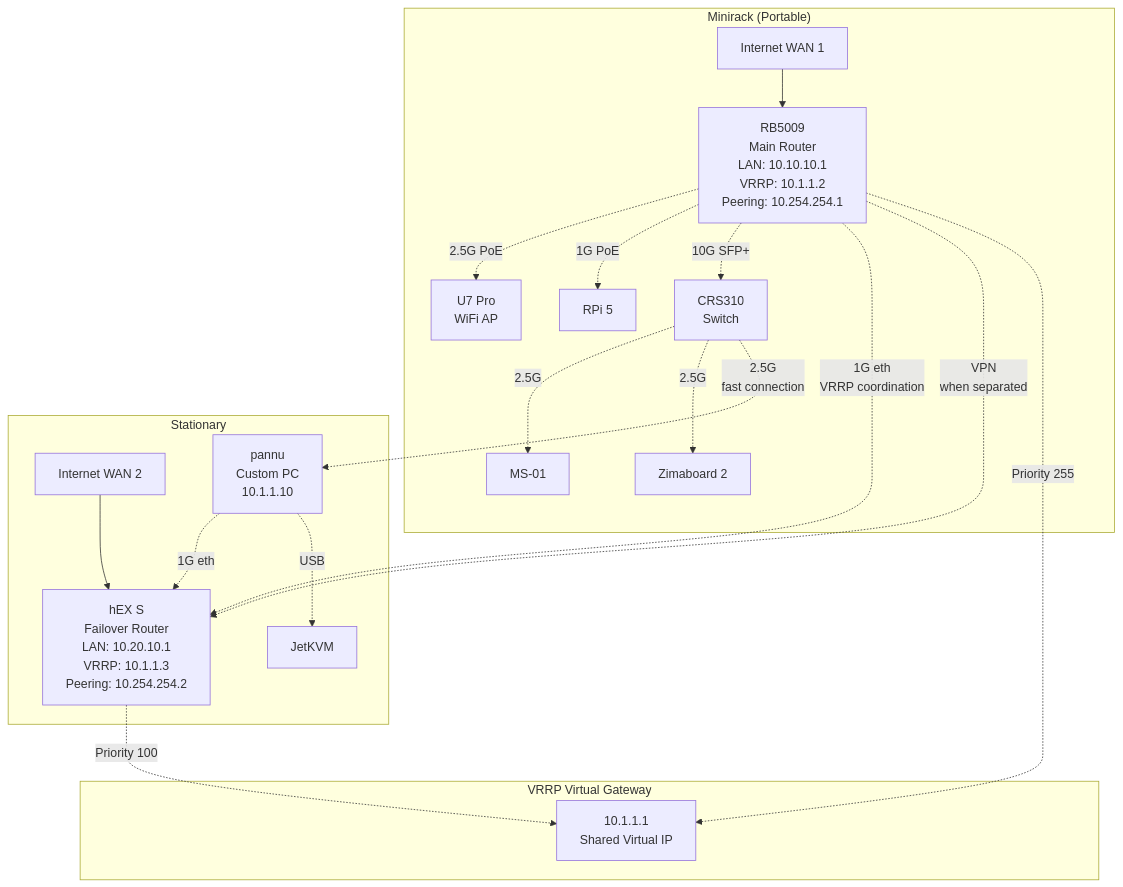
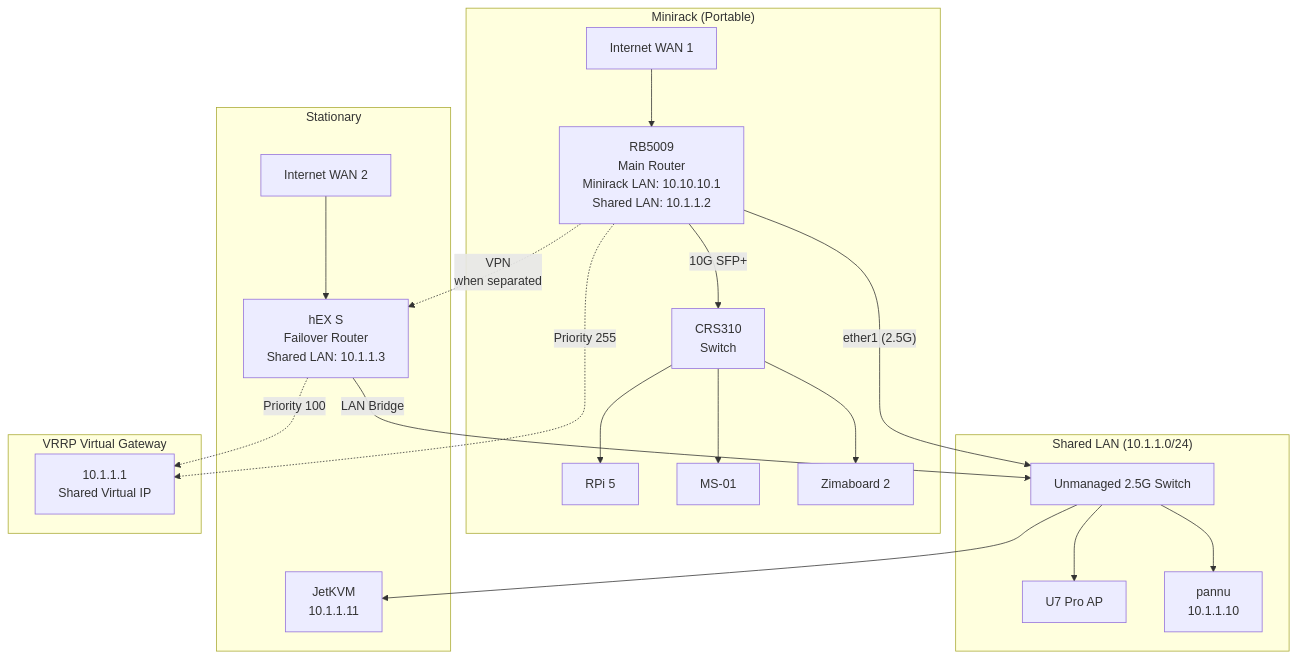
Before and after one commit to kahlstrm/infra: the diagram in local-networking/README.md, drawn with Mermaid. The commit also changed other lines of this file and 8 other files, not shown here.

Commit message:
refactor stationary for new architecture

````diff
--- a/local-networking/README.md
+++ b/local-networking/README.md
@@ -23,40 +16,45 @@
 ```mermaid
 graph TB
+    subgraph "Shared LAN (10.1.1.0/24)"
+        SWITCH[Unmanaged 2.5G Switch]
+        U7[U7 Pro AP]
+        PANNU[pannu<br/>10.1.1.10]
+        SWITCH --> U7
+        SWITCH --> PANNU
+    end
+
     subgraph "Minirack (Portable)"
         WAN1[Internet WAN 1]
-        RB5009[RB5009<br/>Main Router<br/>LAN: 10.10.10.1<br/>VRRP: 10.1.1.2<br/>Peering: 10.254.254.1]
+        RB5009[RB5009<br/>Main Router<br/>Minirack LAN: 10.10.10.1<br/>Shared LAN: 10.1.1.2]
         CRS310[CRS310<br/>Switch]
-        U7[U7 Pro<br/>WiFi AP]
         RPI5[RPi 5]
         MS01[MS-01]
         ZIMA[Zimaboard 2]
 
         WAN1 --> RB5009
-        RB5009 -.->|2.5G PoE| U7
-        RB5009 -.->|1G PoE| RPI5
-        RB5009 -.->|10G SFP+| CRS310
-        CRS310 -.->|2.5G| MS01
-        CRS310 -.->|2.5G| ZIMA
+        RB5009 -- "ether1 (2.5G)" --> SWITCH
+        RB5009 -- "10G SFP+" --> CRS310
+        CRS310 --> RPI5
+        CRS310 --> MS01
+        CRS310 --> ZIMA
     end
 
     subgraph "Stationary"
         WAN2[Internet WAN 2]
-        HEXS[hEX S<br/>Failover Router<br/>LAN: 10.20.10.1<br/>VRRP: 10.1.1.3<br/>Peering: 10.254.254.2]
-        PANNU[pannu<br/>Custom PC<br/>10.1.1.10]
-        JETKVM[JetKVM]
+        HEXS[hEX S<br/>Failover Router<br/>Shared LAN: 10.1.1.3]
+        JETKVM[JetKVM<br/>10.1.1.11]
 
         WAN2 --> HEXS
-        PANNU -.->|1G eth| HEXS
-        PANNU -.->|USB| JETKVM
+        HEXS -- "LAN Bridge" --> SWITCH
+        SWITCH --> JETKVM
     end
 
-    RB5009 -.->|1G eth<br/>VRRP coordination| HEXS
-    CRS310 -.->|2.5G<br/>fast connection| PANNU
+
     RB5009 -.->|VPN<br/>when separated| HEXS
 
     subgraph "VRRP Virtual Gateway"
         VRRP[10.1.1.1<br/>Shared Virtual IP]
         RB5009 -.->|Priority 255| VRRP
         HEXS -.->|Priority 100| VRRP
     end
 ```
````
